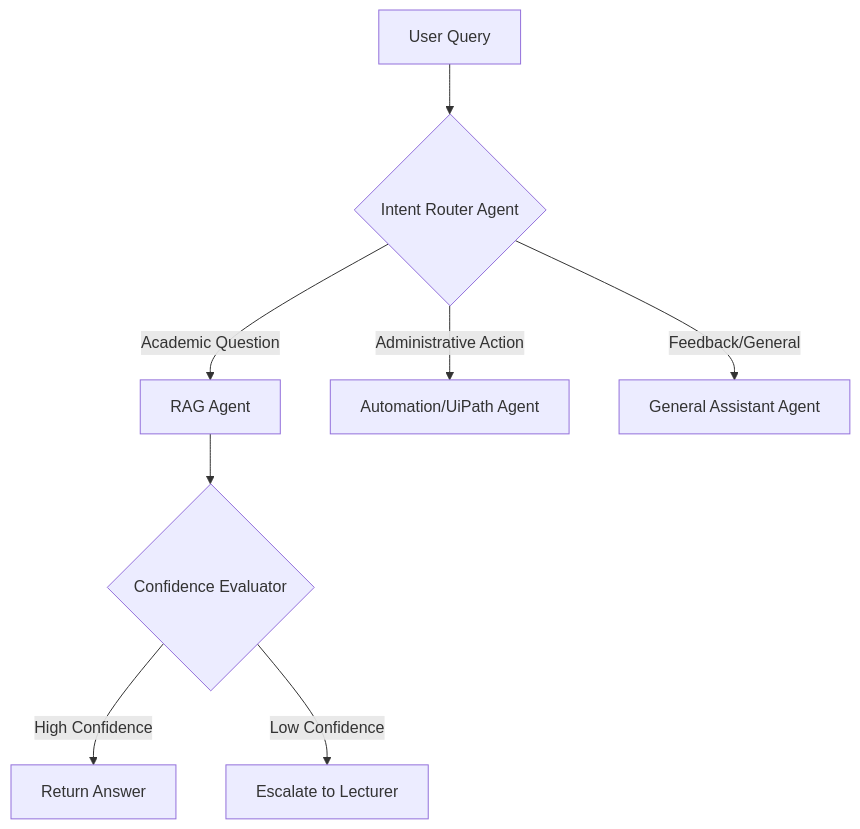
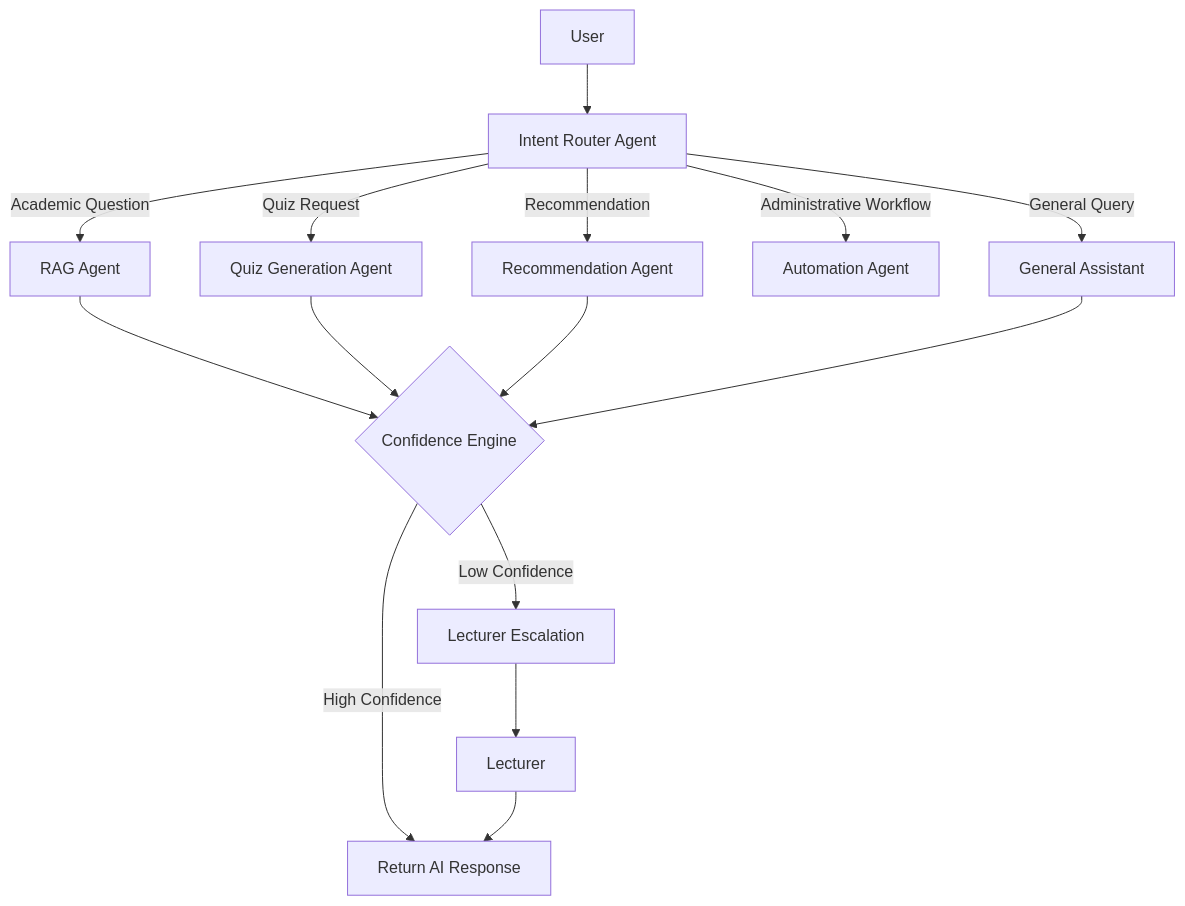
Before and after one commit to N-O-V-A-Platform/nova-platform: the first of 3 diagrams in docs/04_Architecture/AI_Architecture.md, drawn with Mermaid. The commit also changed other lines of this file and 9 other files, not shown here.

Commit message:
docs(architecture): add software architecture documentation

````diff
--- a/docs/04_Architecture/AI_Architecture.md
+++ b/docs/04_Architecture/AI_Architecture.md
@@ -7,10 +182,24 @@
 ```mermaid
-graph TD
-    Query[User Query] --> Router{Intent Router Agent}
-    Router -->|Academic Question| RAGAgent[RAG Agent]
-    Router -->|Administrative Action| AutoAgent[Automation/UiPath Agent]
-    Router -->|Feedback/General| GeneralAgent[General Assistant Agent]
-    RAGAgent --> Evaluator{Confidence Evaluator}
-    Evaluator -->|High Confidence| Response[Return Answer]
-    Evaluator -->|Low Confidence| Escalator[Escalate to Lecturer]
+flowchart TD
+
+USER[User]
+
+USER --> ROUTER[Intent Router Agent]
+
+ROUTER -->|Academic Question| RAG[RAG Agent]
+ROUTER -->|Quiz Request| QUIZ[Quiz Generation Agent]
+ROUTER -->|Recommendation| REC[Recommendation Agent]
+ROUTER -->|Administrative Workflow| AUTO[Automation Agent]
+ROUTER -->|General Query| GENERAL[General Assistant]
+
+RAG --> CONF{Confidence Engine}
+QUIZ --> CONF
+REC --> CONF
+GENERAL --> CONF
+
+CONF -->|High Confidence| RESPONSE[Return AI Response]
+CONF -->|Low Confidence| ESCALATE[Lecturer Escalation]
+
+ESCALATE --> LECTURER[Lecturer]
+LECTURER --> RESPONSE
 ```
````
